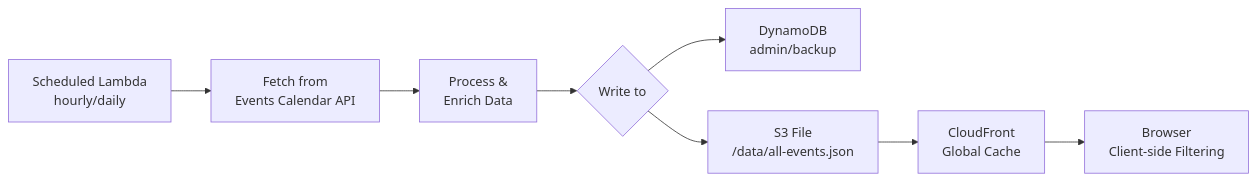
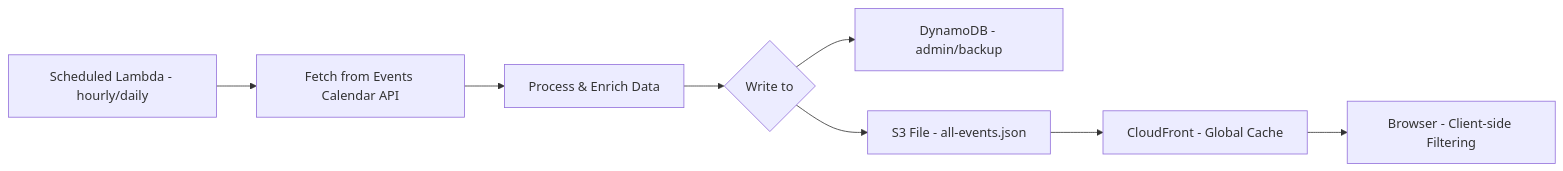
One commit to bbernstein/chq-calendar changed the sixth of 8 diagrams in docs/DEVELOPMENT_HISTORY.md. Above: the diagram before and after it, drawn with Mermaid. The commit also changed other lines of this file, not shown here.

First line of the commit message:
Remove HTML <br/> tags from Mermaid diagrams for GitHub compatibility

````diff
--- a/docs/DEVELOPMENT_HISTORY.md
+++ b/docs/DEVELOPMENT_HISTORY.md
@@ -240,10 +240,10 @@
 ```mermaid
 graph LR
-    Schedule[Scheduled Lambda<br/>hourly/daily] --> Fetch[Fetch from<br/>Events Calendar API]
-    Fetch --> Process[Process &<br/>Enrich Data]
+    Schedule[Scheduled Lambda - hourly/daily] --> Fetch[Fetch from Events Calendar API]
+    Fetch --> Process[Process & Enrich Data]
     Process --> Split{Write to}
-    Split --> DDB[DynamoDB<br/>admin/backup]
-    Split --> S3File[S3 File<br/>/data/all-events.json]
-    S3File --> CF[CloudFront<br/>Global Cache]
-    CF --> Browser[Browser<br/>Client-side Filtering]
+    Split --> DDB[DynamoDB - admin/backup]
+    Split --> S3File[S3 File - all-events.json]
+    S3File --> CF[CloudFront - Global Cache]
+    CF --> Browser[Browser - Client-side Filtering]
 ```
````
